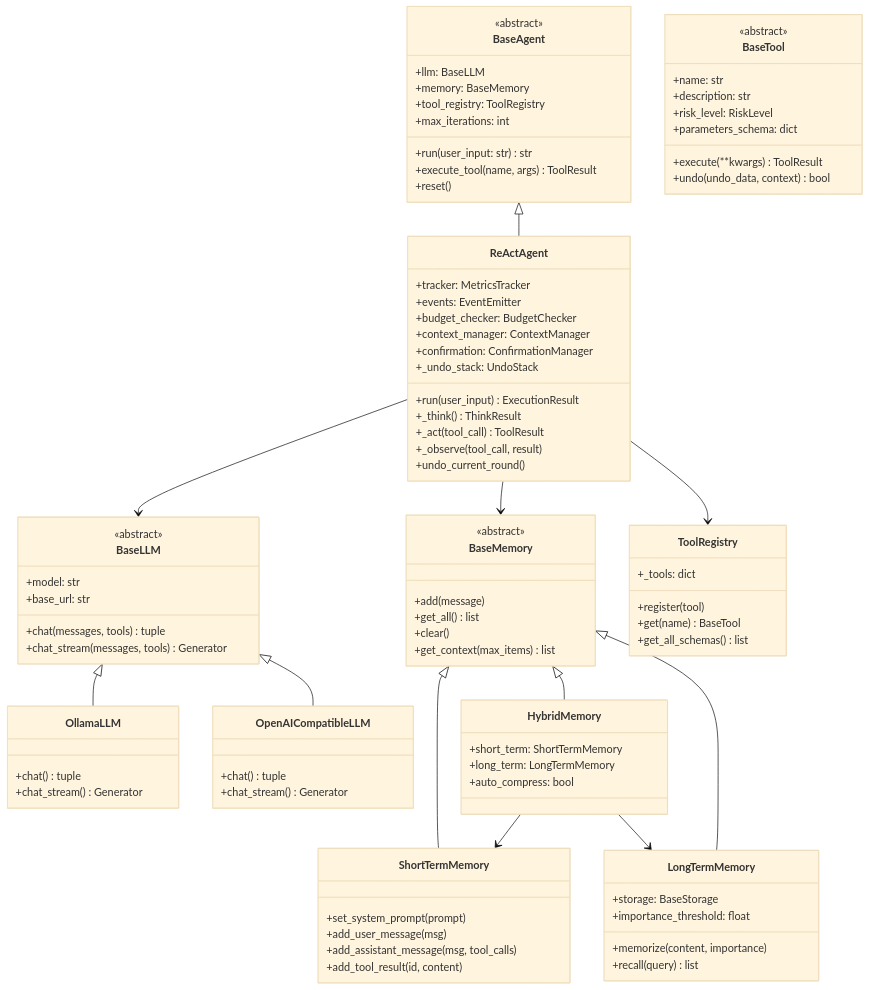
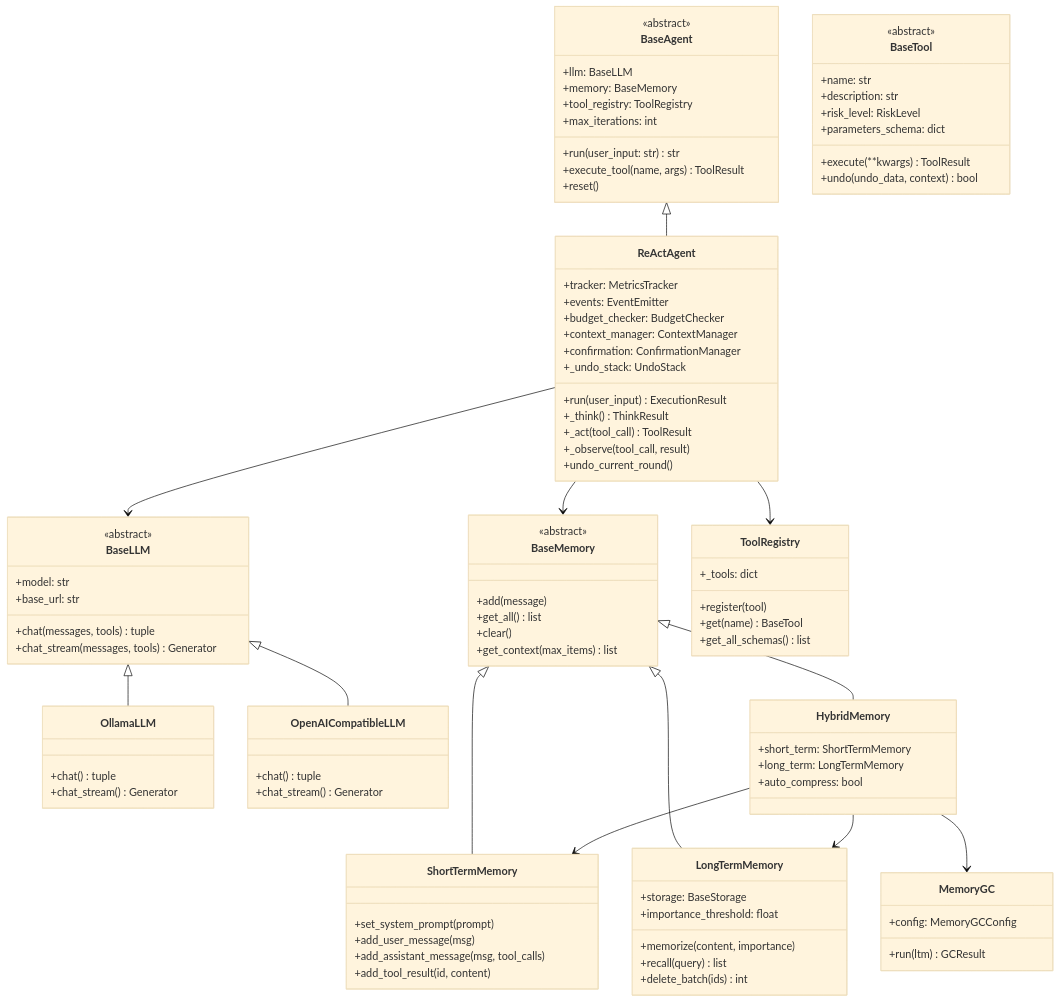
One commit to Tobytywang/NanoAgent changed the second of 4 diagrams in docs/architecture.md. Above: the diagram before and after it, drawn with Mermaid (base theme). The commit also changed other lines of this file and 16 other files, not shown here.

````diff
--- a/docs/architecture.md
+++ b/docs/architecture.md
@@ -170,6 +170,12 @@
         +importance_threshold: float
         +memorize(content, importance)
         +recall(query) list
+        +delete_batch(ids) int
+    }
+
+    class MemoryGC {
+        +config: MemoryGCConfig
+        +run(ltm) GCResult
     }
 
     class BaseTool {
@@ -201,4 +207,5 @@
     ReActAgent --> ToolRegistry
     HybridMemory --> ShortTermMemory
     HybridMemory --> LongTermMemory
+    HybridMemory --> MemoryGC
 ```
````
